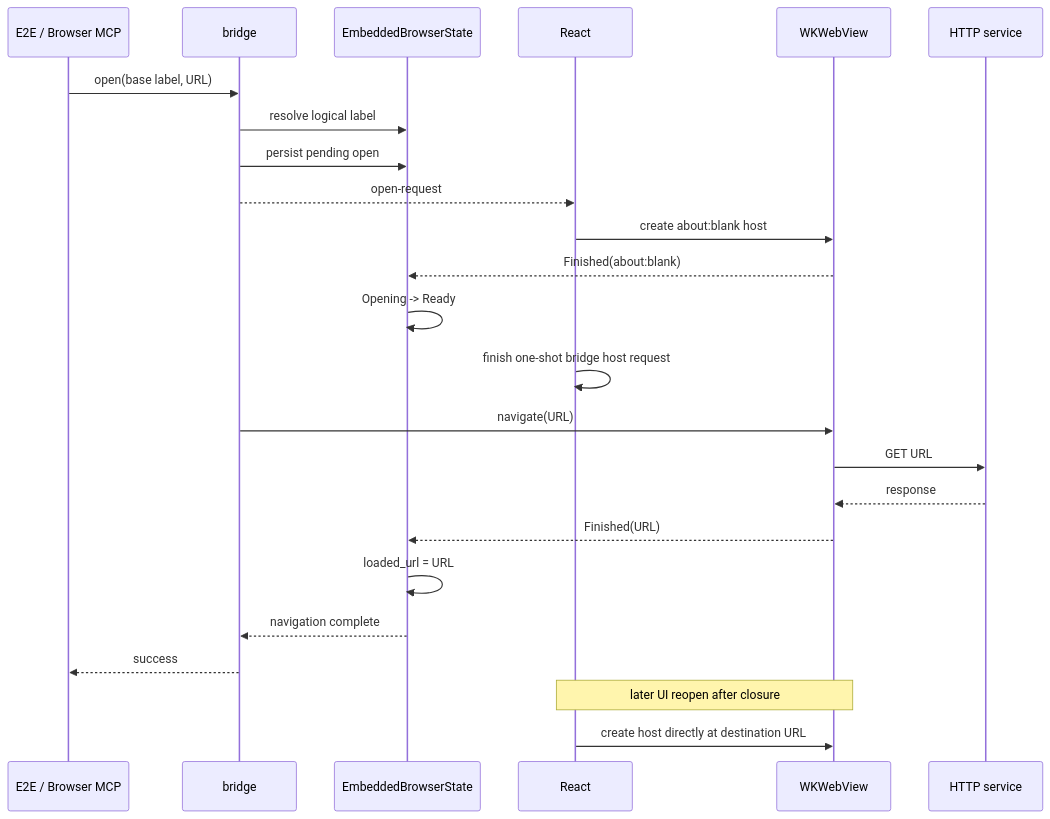
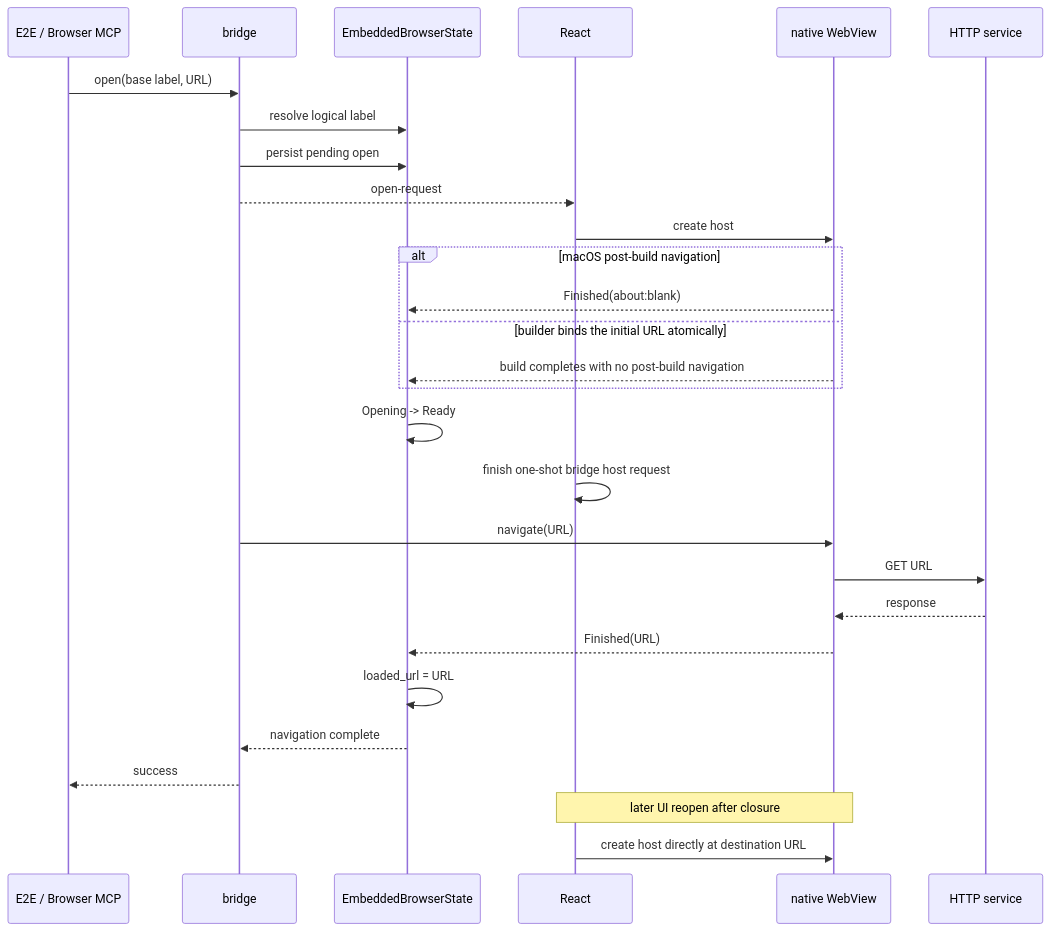
Before and after one commit to wecode-ai/Wegent: the second of 2 diagrams in docs/en/architecture/embedded-browser.md, drawn with Mermaid. The commit also changed other lines of this file and 3 other files, not shown here.

````diff
--- a/docs/en/architecture/embedded-browser.md
+++ b/docs/en/architecture/embedded-browser.md
@@ -30,28 +31,32 @@
 ```mermaid
 sequenceDiagram
     participant C as E2E / Browser MCP
     participant B as bridge
     participant S as EmbeddedBrowserState
     participant R as React
-    participant W as WKWebView
+    participant W as native WebView
     participant H as HTTP service
 
     C->>B: open(base label, URL)
     B->>S: resolve logical label
     B->>S: persist pending open
     B-->>R: open-request
-    R->>W: create about:blank host
-    W-->>S: Finished(about:blank)
+    R->>W: create host
+    alt macOS post-build navigation
+        W-->>S: Finished(about:blank)
+    else builder binds the initial URL atomically
+        W-->>S: build completes with no post-build navigation
+    end
     S->>S: Opening -> Ready
     R->>R: finish one-shot bridge host request
     B->>W: navigate(URL)
     W->>H: GET URL
     H-->>W: response
     W-->>S: Finished(URL)
     S->>S: loaded_url = URL
     S-->>B: navigation complete
     B-->>C: success
 
     Note over R,W: later UI reopen after closure
     R->>W: create host directly at destination URL
 ```
````
